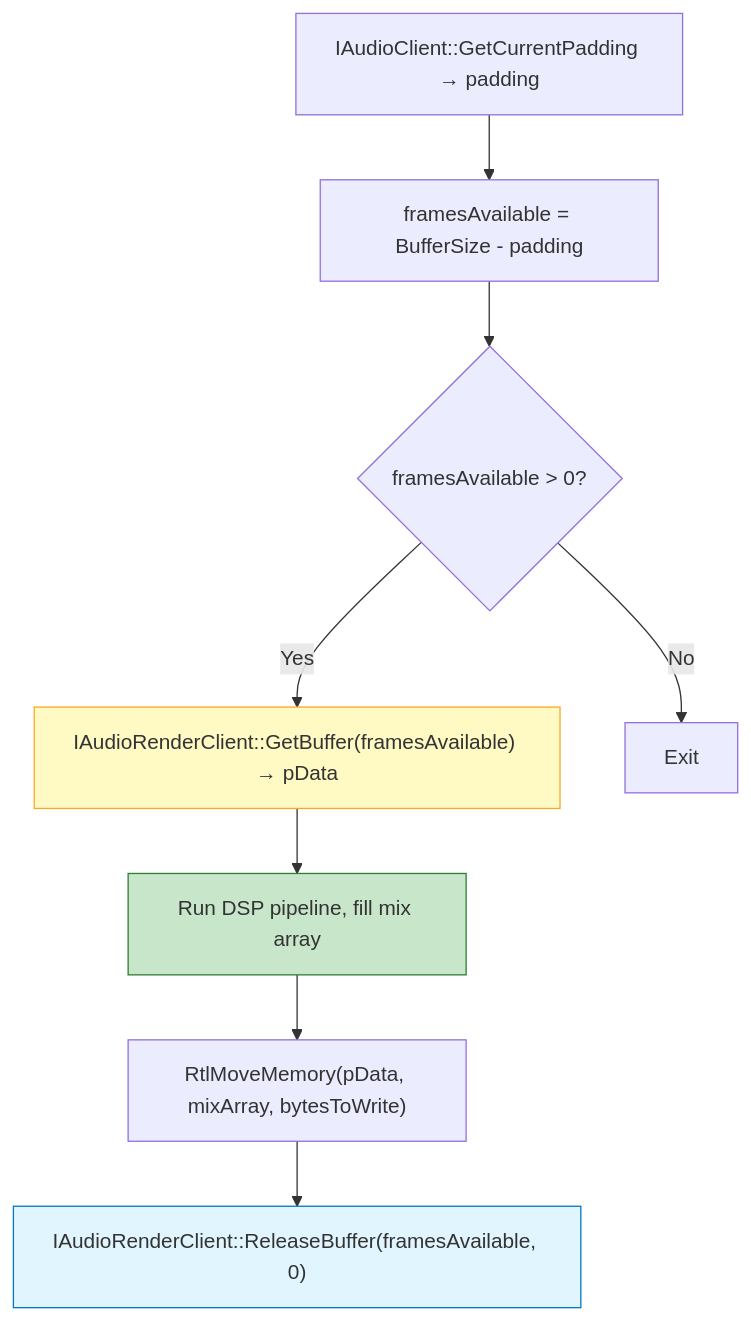
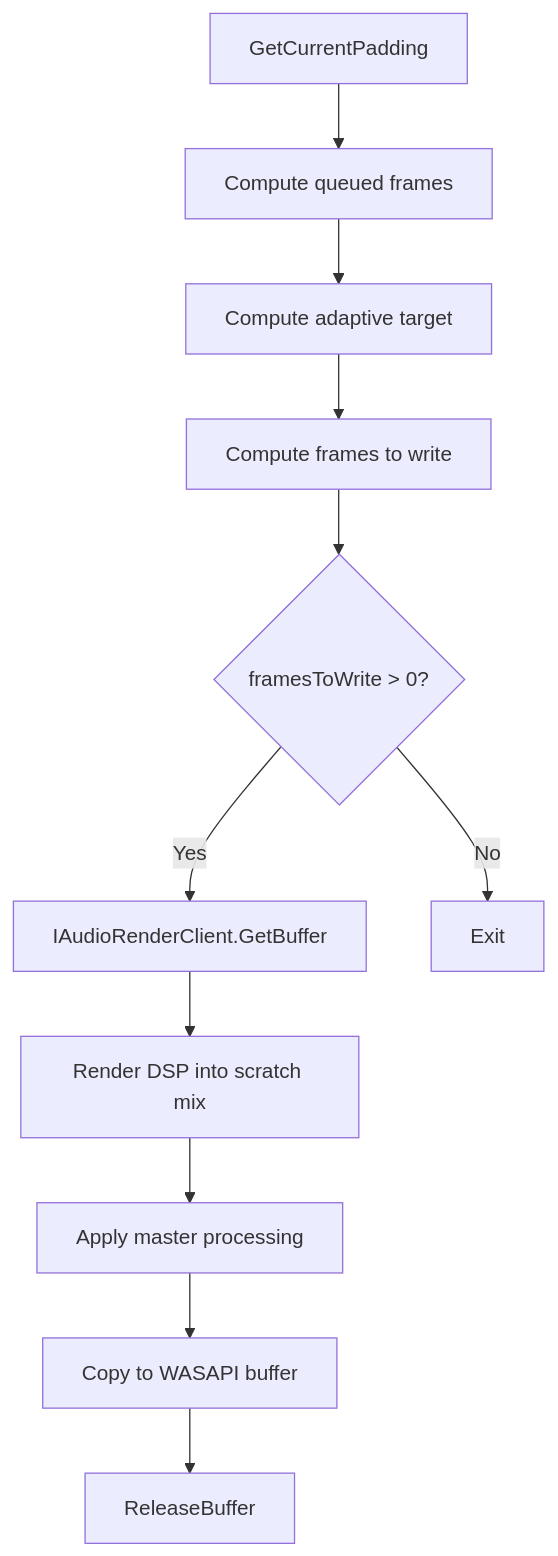
The sixth of 8 diagrams in docs/ARCHITECTURE.md (vbacollective/riff), drawn with Mermaid before and after one commit. The commit also changed other lines of this file, not shown here.

````diff
--- a/docs/ARCHITECTURE.md
+++ b/docs/ARCHITECTURE.md
@@ -306,18 +592,17 @@
 ```mermaid
 graph TD
-    A["IAudioClient::GetCurrentPadding → padding"]
-    B["framesAvailable = BufferSize - padding"]
-    C{"framesAvailable > 0?"}
-    D["IAudioRenderClient::GetBuffer(framesAvailable) → pData"]
-    E["Run DSP pipeline, fill mix array"]
-    F["RtlMoveMemory(pData, mixArray, bytesToWrite)"]
-    G["IAudioRenderClient::ReleaseBuffer(framesAvailable, 0)"]
+    A["GetCurrentPadding"]
+    B["Compute queued frames"]
+    C["Compute adaptive target"]
+    D["Compute frames to write"]
+    E{"framesToWrite > 0?"}
+    F["IAudioRenderClient.GetBuffer"]
+    G["Render DSP into scratch mix"]
+    H["Apply master processing"]
+    I["Copy to WASAPI buffer"]
+    J["ReleaseBuffer"]
 
-    A --> B --> C
-    C -- Yes --> D --> E --> F --> G
-    C -- No --> H[Exit]
-
-    style D fill:#fff9c4,stroke:#f9a825
-    style E fill:#c8e6c9,stroke:#2e7d32
-    style G fill:#e1f5fe,stroke:#0277bd
+    A --> B --> C --> D --> E
+    E -- Yes --> F --> G --> H --> I --> J
+    E -- No --> K["Exit"]
 ```
````
